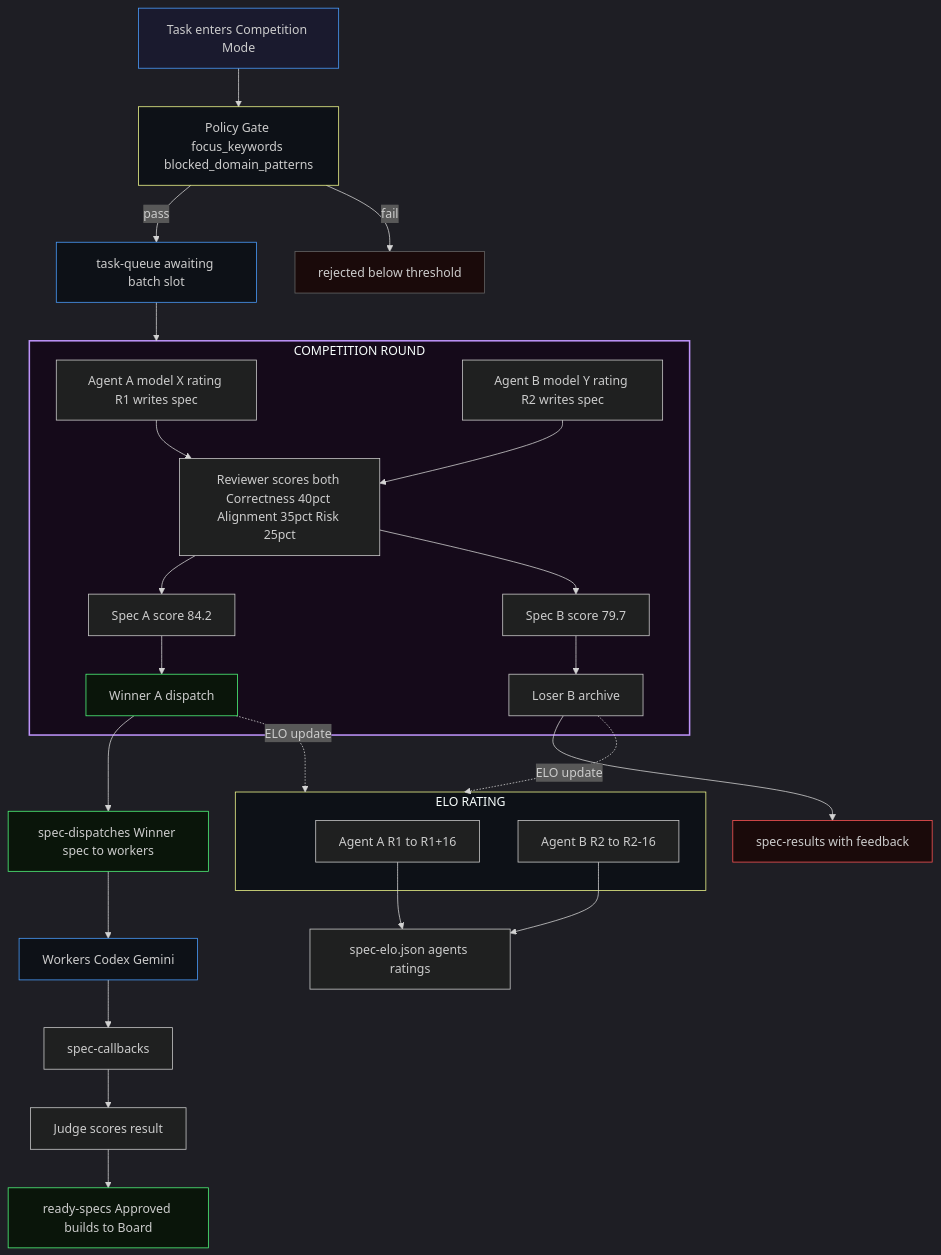
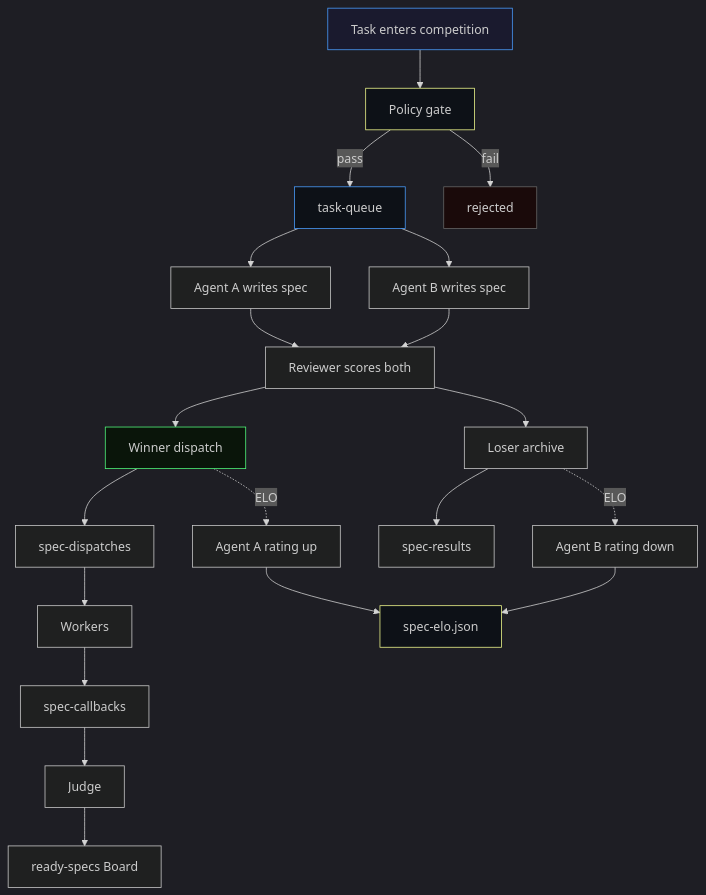
Before and after one commit to mmartoccia/ghost-orchestration-pattern: the diagram in diagrams/SPEC_COMPETITION.mmd, drawn with Mermaid. The commit also changed 5 other files, not shown here.

Commit message:
Fix Mermaid init directives - each on own line for proper parsing

````diff
--- a/diagrams/SPEC_COMPETITION.mmd
+++ b/diagrams/SPEC_COMPETITION.mmd
@@ -1,55 +1,29 @@
 ```mermaid
-%%{init: {"theme": "dark"}}%%
+%%{init: { "theme": "dark" }}%%
 flowchart TB
-    TASK["Task enters Competition Mode"]
-    POLICY["Policy Gate focus_keywords blocked_domain_patterns"]
-    TASK --> POLICY
-
-    POLICY -->|"pass"| QUEUE["task-queue awaiting batch slot"]
-    POLICY -->|"fail"| REJECT["rejected below threshold"]
-
-    QUEUE --> ROUND
-
-    subgraph ROUND["COMPETITION ROUND"]
-        A1["Agent A model X rating R1 writes spec"]
-        A2["Agent B model Y rating R2 writes spec"]
-        RV["Reviewer scores both Correctness 40pct Alignment 35pct Risk 25pct"]
-        SA["Spec A score 84.2"]
-        SB["Spec B score 79.7"]
-        A1 --> RV
-        A2 --> RV
-        RV --> SA
-        RV --> SB
-        SA --> W["Winner A dispatch"]
-        SB --> L["Loser B archive"]
-    end
-
-    W --> DISP["spec-dispatches Winner spec to workers"]
-    L --> ARCH["spec-results with feedback"]
-    W -.->|"ELO update"| ELO
-    L -.->|"ELO update"| ELO
-
-    subgraph ELO["ELO RATING"]
-        E1["Agent A R1 to R1+16"]
-        E2["Agent B R2 to R2-16"]
-    end
-    E1 --> ELFILE["spec-elo.json agents ratings"]
-    E2 --> ELFILE
-
-    DISP --> WORKERS["Workers Codex Gemini"]
-    WORKERS --> CB["spec-callbacks"]
-    CB --> JD["Judge scores result"]
-    JD --> READY["ready-specs Approved builds to Board"]
-
-    style TASK fill:#1a1a2e,stroke:#4a9eff,stroke-width:1px
-    style POLICY fill:#0d1117,stroke:#f1fa8c,stroke-width:1px
-    style QUEUE fill:#0d1117,stroke:#4a9eff,stroke-width:1px
-    style REJECT fill:#1a0a0a,stroke:#666666,stroke-width:1px
-    style ROUND fill:#150a1a,stroke:#bd93f9,stroke-width:2px
+    T["Task enters competition"] --> P["Policy gate"]
+    P -->|"pass"| Q["task-queue"]
+    P -->|"fail"| R["rejected"]
+    Q --> A["Agent A writes spec"]
+    Q --> B["Agent B writes spec"]
+    A --> V["Reviewer scores both"]
+    B --> V
+    V --> W["Winner dispatch"]
+    V --> L["Loser archive"]
+    W --> D["spec-dispatches"]
+    L --> A2["spec-results"]
+    W -.->|"ELO"| E1["Agent A rating up"]
+    L -.->|"ELO"| E2["Agent B rating down"]
+    E1 --> EL["spec-elo.json"]
+    E2 --> EL
+    D --> WK["Workers"]
+    WK --> CB["spec-callbacks"]
+    CB --> J["Judge"]
+    J --> RD["ready-specs Board"]
+    style T fill:#1a1a2e,stroke:#4a9eff,stroke-width:1px
+    style P fill:#0d1117,stroke:#f1fa8c,stroke-width:1px
+    style Q fill:#0d1117,stroke:#4a9eff,stroke-width:1px
+    style R fill:#1a0a0a,stroke:#666666,stroke-width:1px
     style W fill:#0a150a,stroke:#50fa7b,stroke-width:1px
-    style DISP fill:#0a150a,stroke:#50fa7b,stroke-width:1px
-    style ARCH fill:#1a0a0a,stroke:#ff5555,stroke-width:1px
-    style ELO fill:#0d1117,stroke:#f1fa8c,stroke-width:1px
-    style WORKERS fill:#0d1117,stroke:#4a9eff,stroke-width:1px
-    style READY fill:#0a150a,stroke:#50fa7b,stroke-width:1px
+    style EL fill:#0d1117,stroke:#f1fa8c,stroke-width:1px
 ```
````
